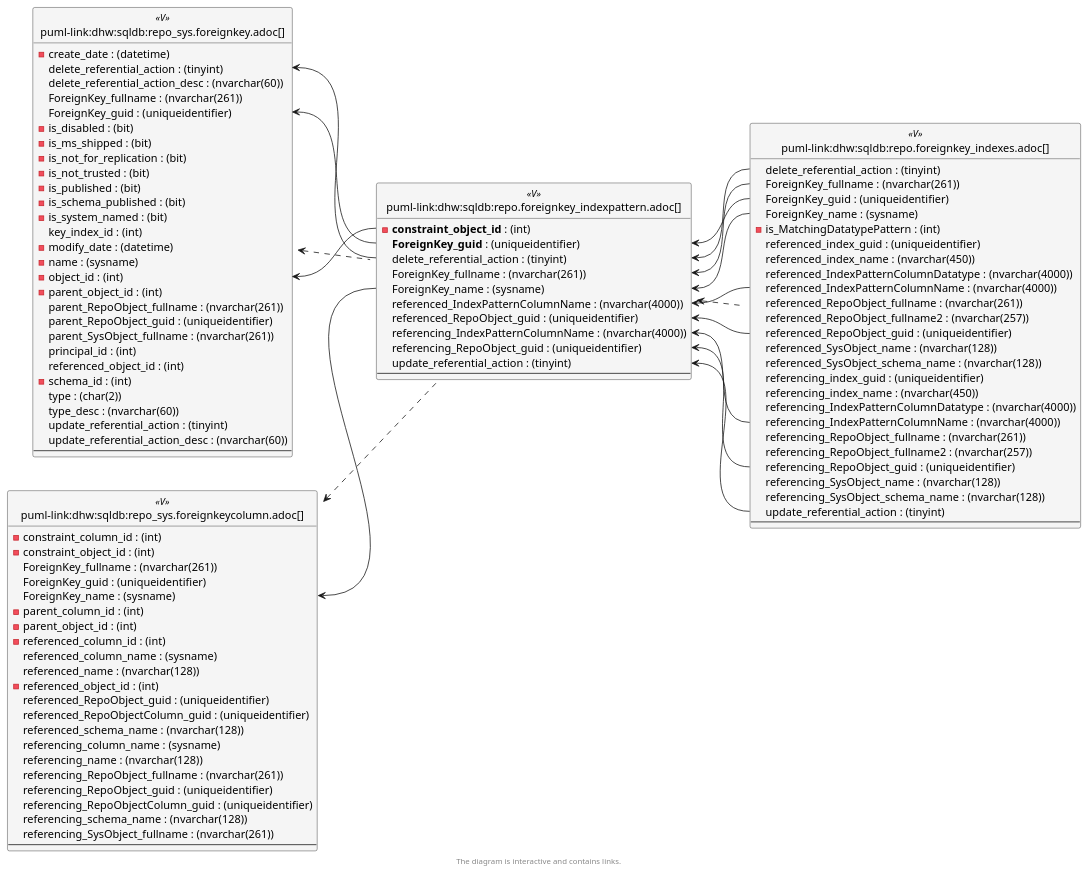
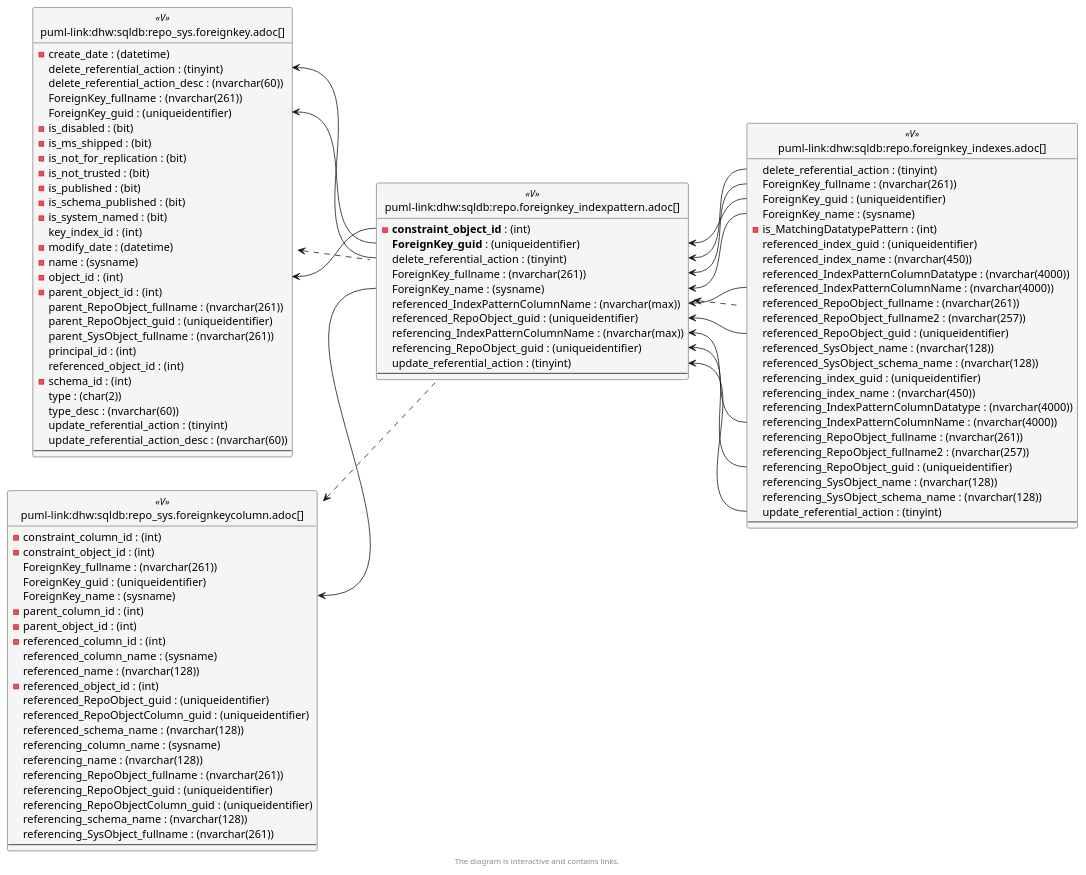
The sixth of 6 diagrams in docs/modules/sqldb/partials/content/repo.foreignkey_indexpattern.adoc (DataHandwerk/dhw-antora-sqldb), drawn with PlantUML before and after one commit. The commit also changed other lines of this file and 701 other files, not shown here.

```diff
--- a/docs/modules/sqldb/partials/content/repo.foreignkey_indexpattern.adoc
+++ b/docs/modules/sqldb/partials/content/repo.foreignkey_indexpattern.adoc
@@ -1699,9 +1699,9 @@
   delete_referential_action : (tinyint)
   ForeignKey_fullname : (nvarchar(261))
   ForeignKey_name : (sysname)
-  referenced_IndexPatternColumnName : (nvarchar(4000))
+  referenced_IndexPatternColumnName : (nvarchar(max))
   referenced_RepoObject_guid : (uniqueidentifier)
-  referencing_IndexPatternColumnName : (nvarchar(4000))
+  referencing_IndexPatternColumnName : (nvarchar(max))
   referencing_RepoObject_guid : (uniqueidentifier)
   update_referential_action : (tinyint)
   --
```
